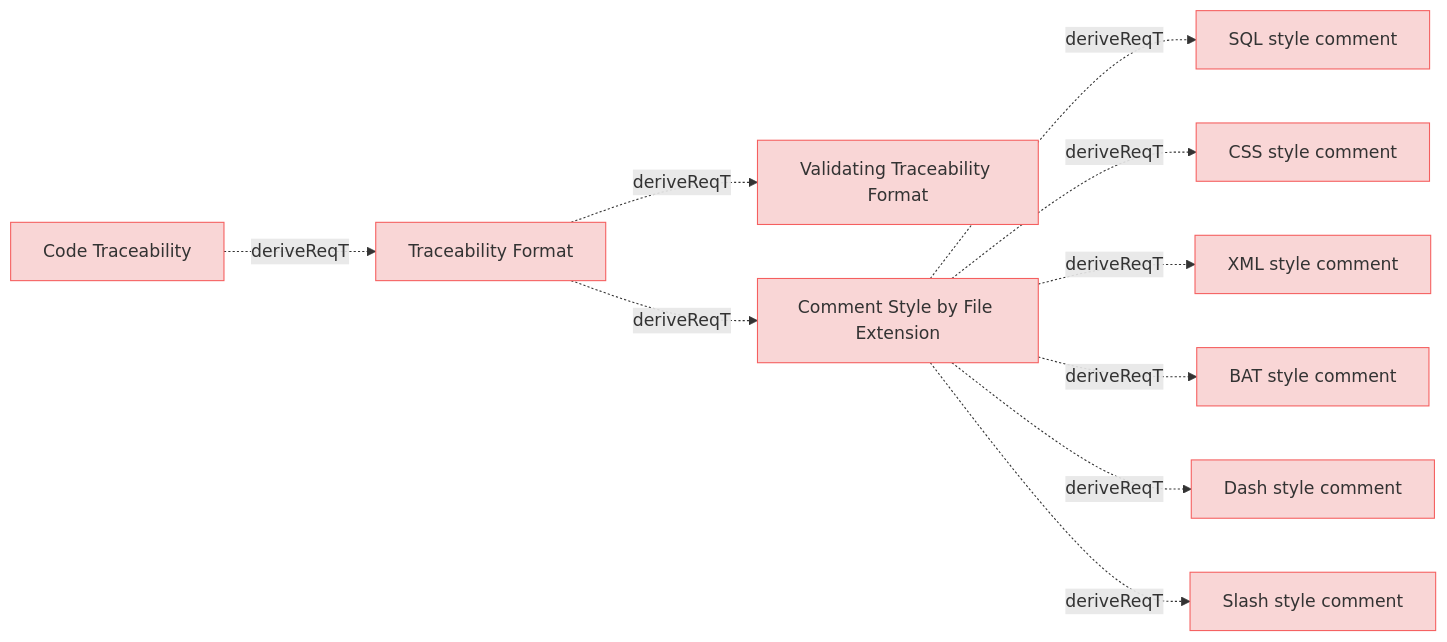
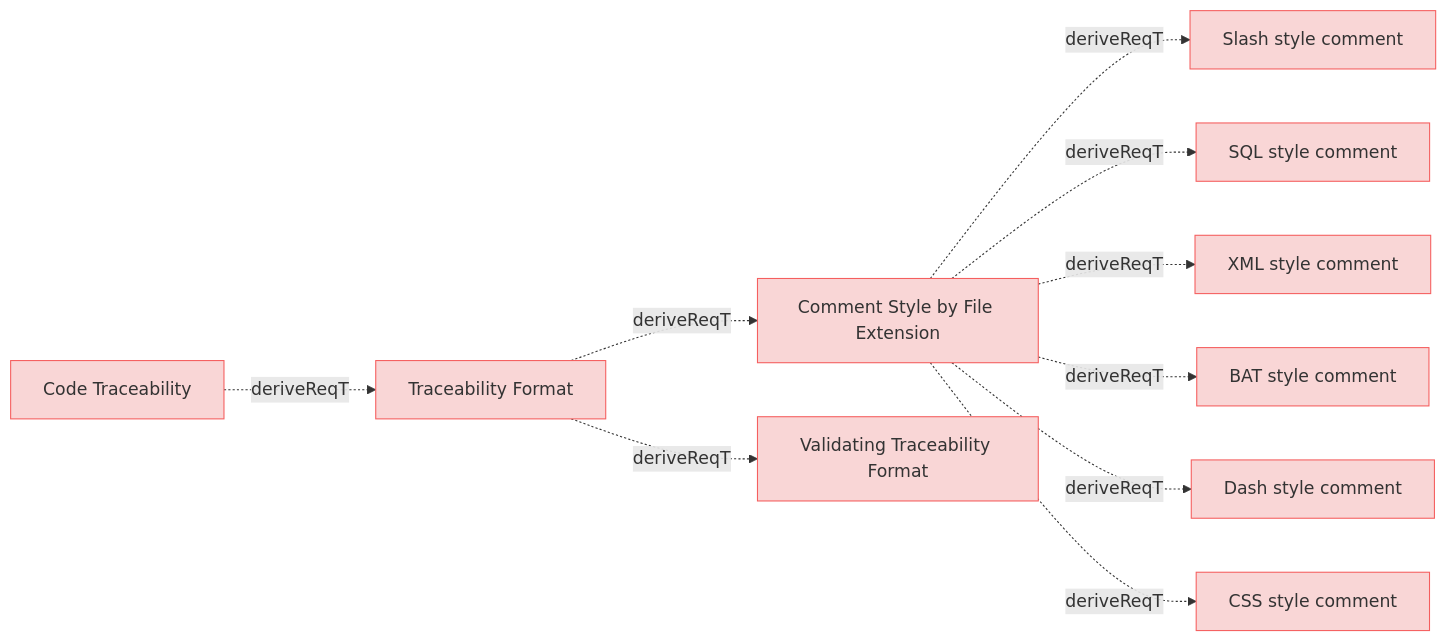
The diagram in specifications/CodeTraecabilityRequirements.md (reqvire-org/reqvire), drawn with Mermaid before and after one commit. The commit also changed other lines of this file and 17 other files, not shown here.

````diff
--- a/specifications/CodeTraecabilityRequirements.md
+++ b/specifications/CodeTraecabilityRequirements.md
@@ -4,49 +4,49 @@
 ```mermaid
 graph LR;
   %% REQVIRE-AUTOGENERATED-DIAGRAM
   %% Graph styling
   classDef userRequirement fill:#f9d6d6,stroke:#f55f5f,stroke-width:1px;
   classDef systemRequirement fill:#fce4e4,stroke:#e68a8a,stroke-width:1px;
   classDef verification fill:#d6f9d6,stroke:#5fd75f,stroke-width:1px;
   classDef default fill:#f5f5f5,stroke:#333333,stroke-width:1px;
 
+  99c4cc438042d855["Slash style comment"];
+  class 99c4cc438042d855 userRequirement;
+  click 99c4cc438042d855 "CodeTraecabilityRequirements.md#slash-style-comment";
+  f4c09ad7359812ff["Comment Style by File Extension"];
+  class f4c09ad7359812ff userRequirement;
+  click f4c09ad7359812ff "CodeTraecabilityRequirements.md#comment-style-by-file-extension";
+  f4c09ad7359812ff -.->|deriveReqT| 99c4cc438042d855;
   39fc946195c12956["SQL style comment"];
   class 39fc946195c12956 userRequirement;
   click 39fc946195c12956 "CodeTraecabilityRequirements.md#sql-style-comment";
-  a91fc474f292f1c9["CSS style comment"];
-  class a91fc474f292f1c9 userRequirement;
-  click a91fc474f292f1c9 "CodeTraecabilityRequirements.md#css-style-comment";
-  3db41d3530e56596["Validating Traceability Format"];
-  class 3db41d3530e56596 userRequirement;
-  click 3db41d3530e56596 "CodeTraecabilityRequirements.md#validating-traceability-format";
-  9314736a59776478["Traceability Format"];
-  class 9314736a59776478 userRequirement;
-  click 9314736a59776478 "CodeTraecabilityRequirements.md#traceability-format";
-  9314736a59776478 -.->|deriveReqT| 3db41d3530e56596;
-  f4c09ad7359812ff["Comment Style by File Extension"];
-  class f4c09ad7359812ff userRequirement;
-  click f4c09ad7359812ff "CodeTraecabilityRequirements.md#comment-style-by-file-extension";
-  9314736a59776478 -.->|deriveReqT| f4c09ad7359812ff;
   f4c09ad7359812ff -.->|deriveReqT| 39fc946195c12956;
-  f4c09ad7359812ff -.->|deriveReqT| a91fc474f292f1c9;
   474c97b7d0029622["XML style comment"];
   class 474c97b7d0029622 userRequirement;
   click 474c97b7d0029622 "CodeTraecabilityRequirements.md#xml-style-comment";
   f4c09ad7359812ff -.->|deriveReqT| 474c97b7d0029622;
   7fdde6a23819450b["BAT style comment"];
   class 7fdde6a23819450b userRequirement;
   click 7fdde6a23819450b "CodeTraecabilityRequirements.md#bat-style-comment";
   f4c09ad7359812ff -.->|deriveReqT| 7fdde6a23819450b;
   be41c3d9e39abe6f["Dash style comment"];
   class be41c3d9e39abe6f userRequirement;
   click be41c3d9e39abe6f "CodeTraecabilityRequirements.md#dash-style-comment";
   f4c09ad7359812ff -.->|deriveReqT| be41c3d9e39abe6f;
-  99c4cc438042d855["Slash style comment"];
-  class 99c4cc438042d855 userRequirement;
-  click 99c4cc438042d855 "CodeTraecabilityRequirements.md#slash-style-comment";
-  f4c09ad7359812ff -.->|deriveReqT| 99c4cc438042d855;
+  a91fc474f292f1c9["CSS style comment"];
+  class a91fc474f292f1c9 userRequirement;
+  click a91fc474f292f1c9 "CodeTraecabilityRequirements.md#css-style-comment";
+  f4c09ad7359812ff -.->|deriveReqT| a91fc474f292f1c9;
+  3db41d3530e56596["Validating Traceability Format"];
+  class 3db41d3530e56596 userRequirement;
+  click 3db41d3530e56596 "CodeTraecabilityRequirements.md#validating-traceability-format";
+  9314736a59776478["Traceability Format"];
+  class 9314736a59776478 userRequirement;
+  click 9314736a59776478 "CodeTraecabilityRequirements.md#traceability-format";
+  9314736a59776478 -.->|deriveReqT| f4c09ad7359812ff;
+  9314736a59776478 -.->|deriveReqT| 3db41d3530e56596;
   26ca72b617aff229["Code Traceability"];
   class 26ca72b617aff229 userRequirement;
   click 26ca72b617aff229 "UserRequirements.md#code-traceability";
   26ca72b617aff229 -.->|deriveReqT| 9314736a59776478;
 ```
````
